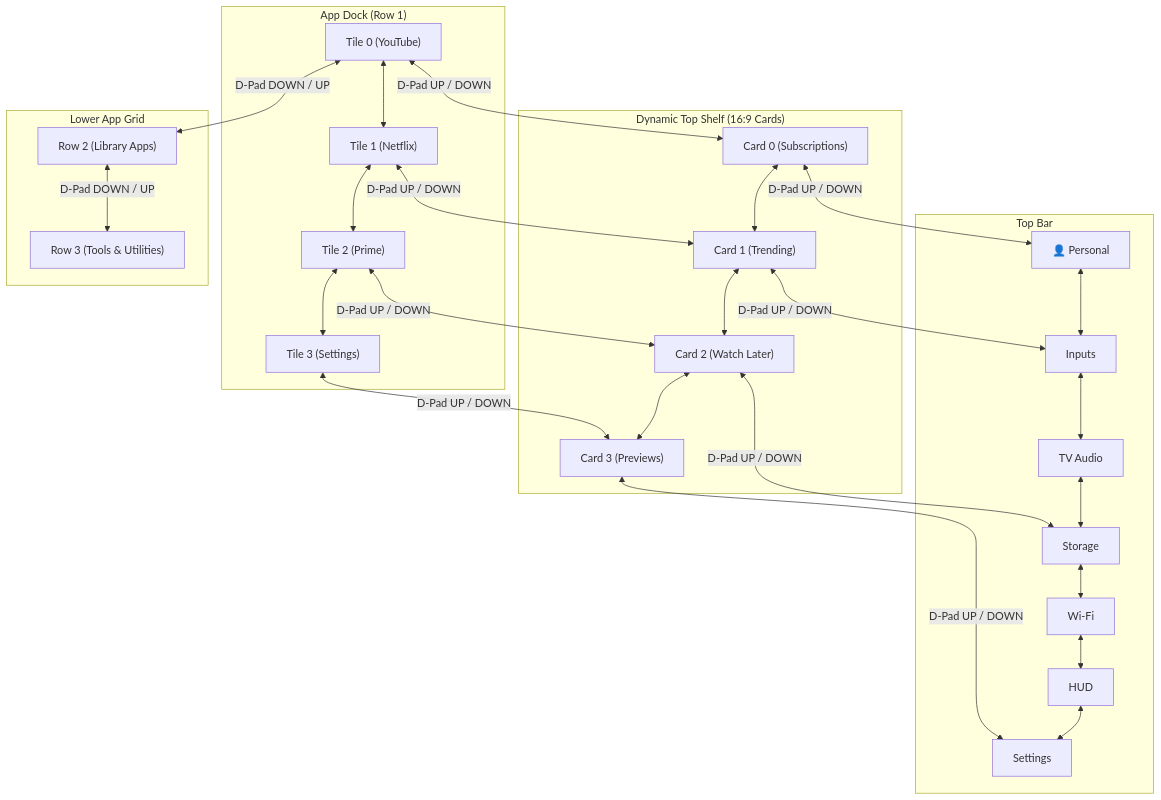
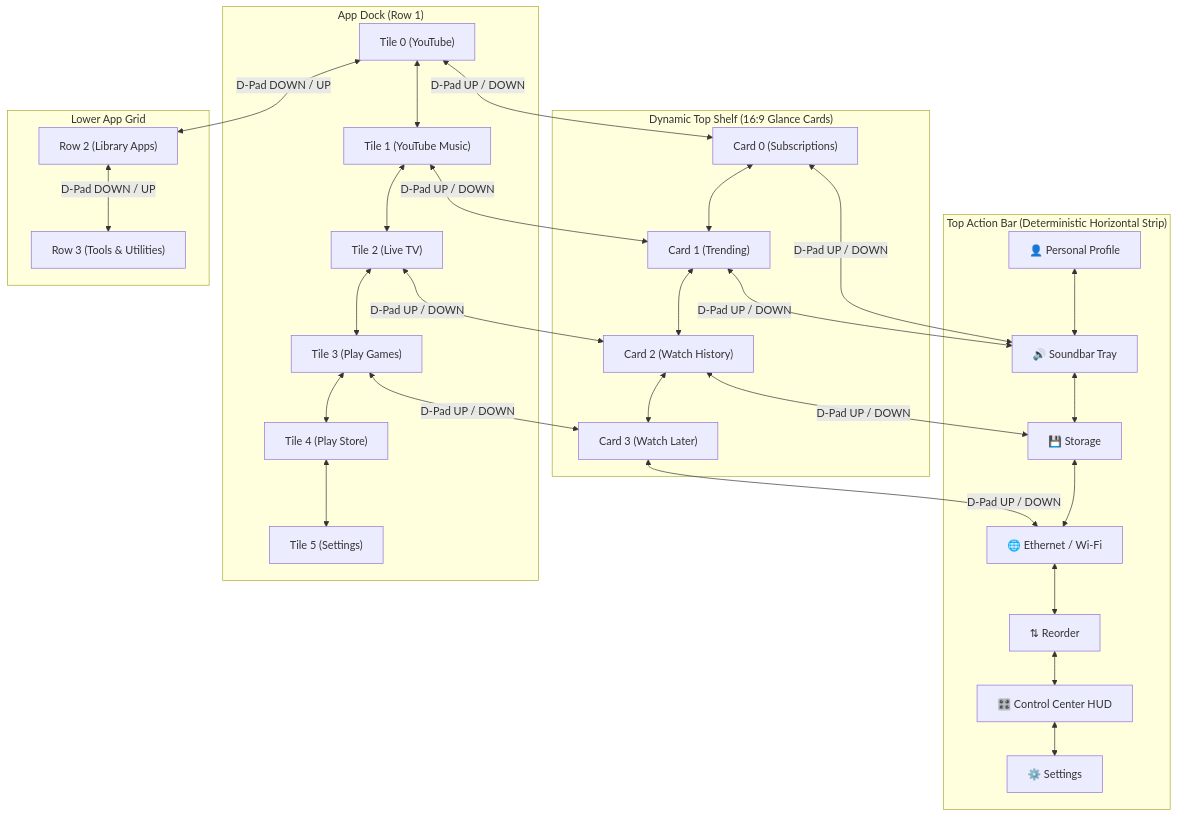
One commit to Rishisharma029/CleanTV-Home changed the fourth of 6 diagrams in README.md. Above: the diagram before and after it, drawn with Mermaid. The commit also changed other lines of this file and 4 other files, not shown here.

Commit message:
docs: add verified screenshots of home screen, HUD, and profile switcher to README

````diff
--- a/README.md
+++ b/README.md
@@ -171,42 +175,44 @@
 ```mermaid
 flowchart TD
-    subgraph TopBar["Top Bar"]
-        P["👤 Personal"] <--> Inputs["Inputs"]
-        Inputs <--> Audio["TV Audio"]
-        Audio <--> Storage["Storage"]
-        Storage <--> Wifi["Wi-Fi"]
-        Wifi <--> HUD["HUD"]
-        HUD <--> Settings["Settings"]
+    subgraph TopBar["Top Action Bar (Deterministic Horizontal Strip)"]
+        P["👤 Personal Profile"] <--> Audio["🔊 Soundbar Tray"]
+        Audio <--> Storage["💾 Storage"]
+        Storage <--> Wifi["🌐 Ethernet / Wi-Fi"]
+        Wifi <--> Reorder["⇅ Reorder"]
+        Reorder <--> HUD["🎛️ Control Center HUD"]
+        HUD <--> Settings["⚙️ Settings"]
     end
 
-    subgraph Shelf["Dynamic Top Shelf (16:9 Cards)"]
+    subgraph Shelf["Dynamic Top Shelf (16:9 Glance Cards)"]
         Card0["Card 0 (Subscriptions)"] <--> Card1["Card 1 (Trending)"]
-        Card1 <--> Card2["Card 2 (Watch Later)"]
-        Card2 <--> Card3["Card 3 (Previews)"]
+        Card1 <--> Card2["Card 2 (Watch History)"]
+        Card2 <--> Card3["Card 3 (Watch Later)"]
     end
 
     subgraph Dock["App Dock (Row 1)"]
-        Tile0["Tile 0 (YouTube)"] <--> Tile1["Tile 1 (Netflix)"]
-        Tile1 <--> Tile2["Tile 2 (Prime)"]
-        Tile2 <--> Tile3["Tile 3 (Settings)"]
+        Tile0["Tile 0 (YouTube)"] <--> Tile1["Tile 1 (YouTube Music)"]
+        Tile1 <--> Tile2["Tile 2 (Live TV)"]
+        Tile2 <--> Tile3["Tile 3 (Play Games)"]
+        Tile3 <--> Tile4["Tile 4 (Play Store)"]
+        Tile4 <--> Tile5["Tile 5 (Settings)"]
     end
 
     subgraph GridRows["Lower App Grid"]
         Row2["Row 2 (Library Apps)"]
         Row3["Row 3 (Tools & Utilities)"]
     end
 
-    %% Vertical Symmetrical Bridges
+    %% Vertical Deterministic Bridges
     Tile0 <-->|"D-Pad UP / DOWN"| Card0
     Tile1 <-->|"D-Pad UP / DOWN"| Card1
     Tile2 <-->|"D-Pad UP / DOWN"| Card2
     Tile3 <-->|"D-Pad UP / DOWN"| Card3
 
-    Card0 <-->|"D-Pad UP / DOWN"| P
-    Card1 <-->|"D-Pad UP / DOWN"| Inputs
+    Card0 <-->|"D-Pad UP / DOWN"| Audio
+    Card1 <-->|"D-Pad UP / DOWN"| Audio
     Card2 <-->|"D-Pad UP / DOWN"| Storage
-    Card3 <-->|"D-Pad UP / DOWN"| Settings
+    Card3 <-->|"D-Pad UP / DOWN"| Wifi
 
     Tile0 <-->|"D-Pad DOWN / UP"| Row2
     Row2 <-->|"D-Pad DOWN / UP"| Row3
 ```
````
